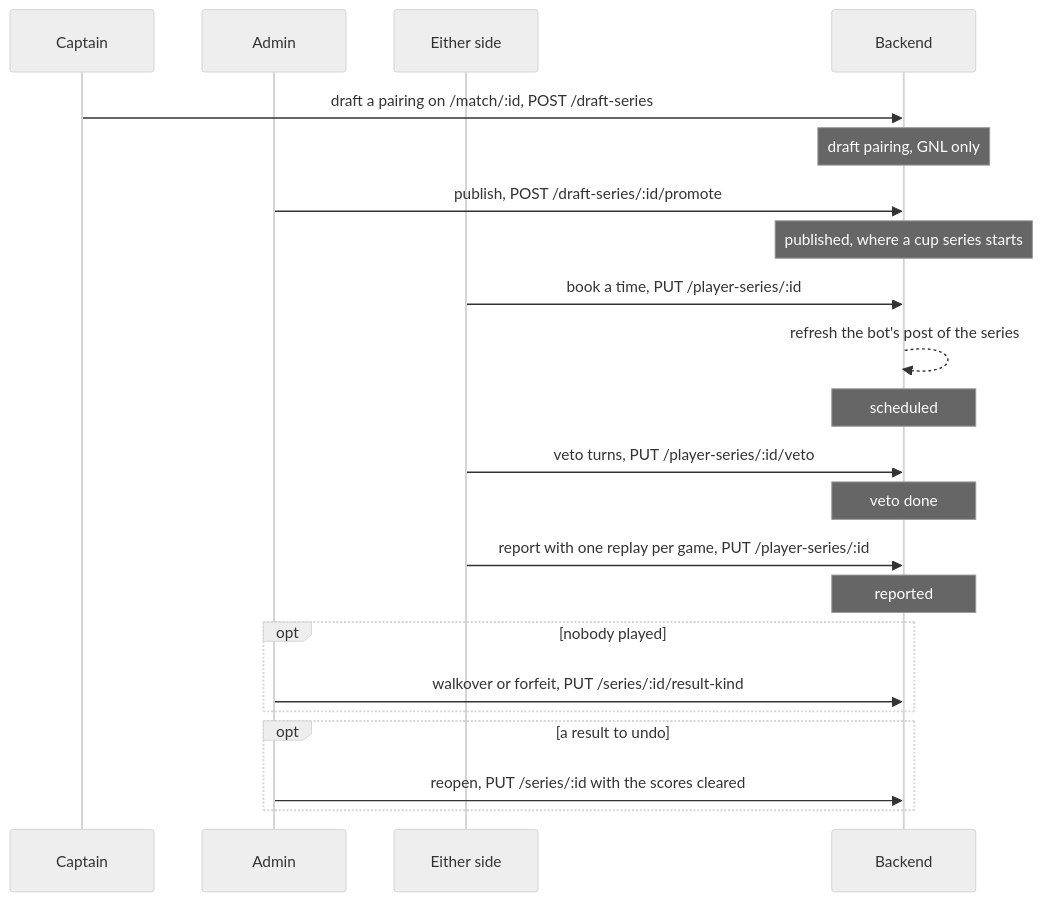
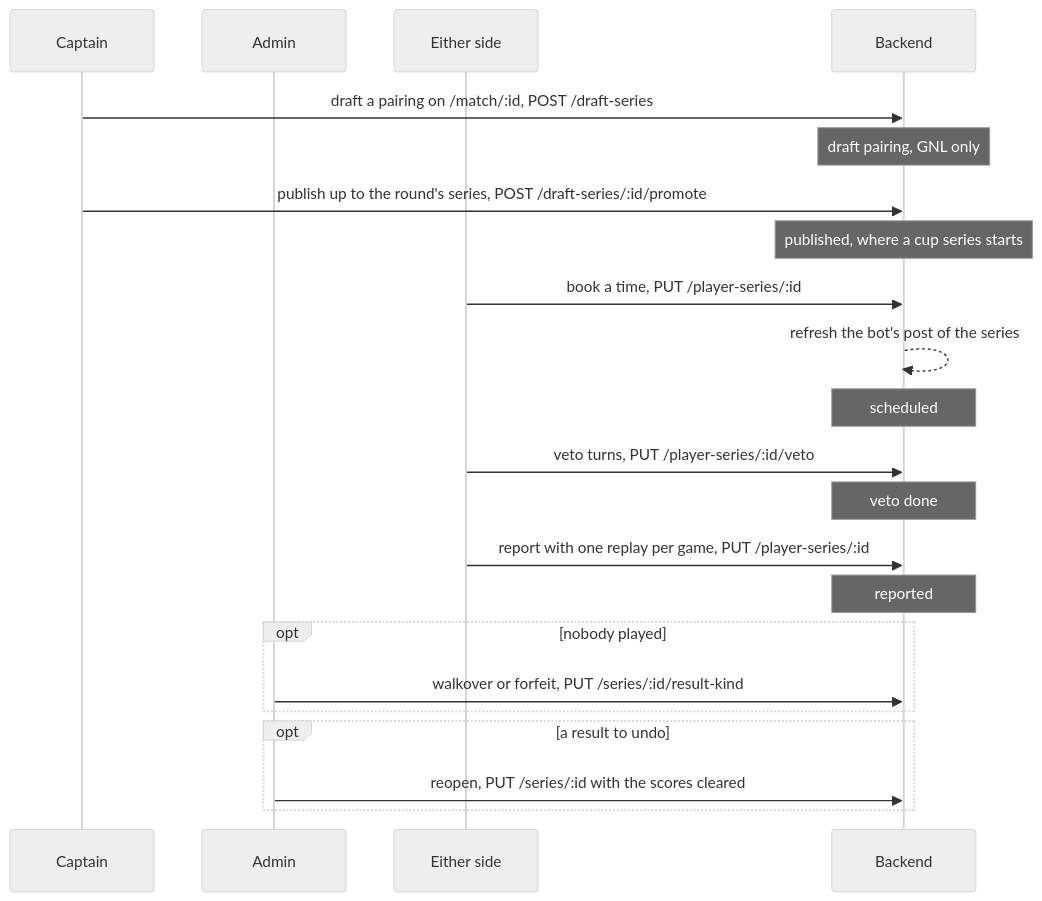
Before and after one commit to Warcraft-Gym/wc3-gym-frontend: the diagram in docs/okf/flows/series-lifecycle.md, drawn with Mermaid (neutral theme). The commit also changed other lines of this file and 3 other files, not shown here.

First line of the commit message:
Point the GNL flows and the read costs at the round planner

````diff
--- a/docs/okf/flows/series-lifecycle.md
+++ b/docs/okf/flows/series-lifecycle.md
@@ -40,24 +40,24 @@
 ```mermaid
 sequenceDiagram
     participant Captain
     participant Admin
     participant Sides as Either side
     participant Backend
     Captain->>Backend: draft a pairing on /match/:id, POST /draft-series
     Note over Backend: draft pairing, GNL only
-    Admin->>Backend: publish, POST /draft-series/:id/promote
+    Captain->>Backend: publish up to the round's series, POST /draft-series/:id/promote
     Note over Backend: published, where a cup series starts
     Sides->>Backend: book a time, PUT /player-series/:id
     Backend-->>Backend: refresh the bot's post of the series
     Note over Backend: scheduled
     Sides->>Backend: veto turns, PUT /player-series/:id/veto
     Note over Backend: veto done
     Sides->>Backend: report with one replay per game, PUT /player-series/:id
     Note over Backend: reported
     opt nobody played
         Admin->>Backend: walkover or forfeit, PUT /series/:id/result-kind
     end
     opt a result to undo
         Admin->>Backend: reopen, PUT /series/:id with the scores cleared
     end
 ```
````
